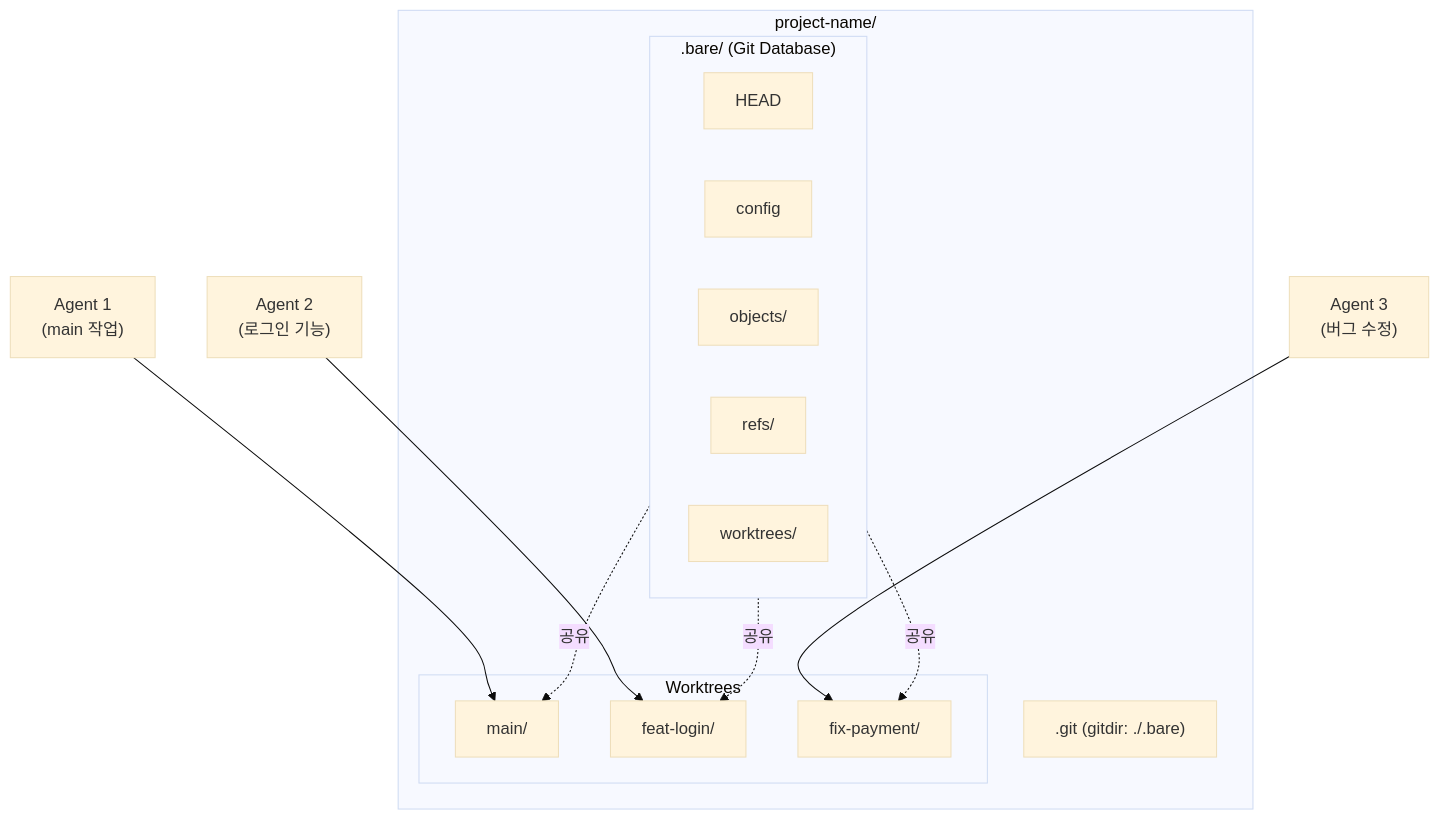
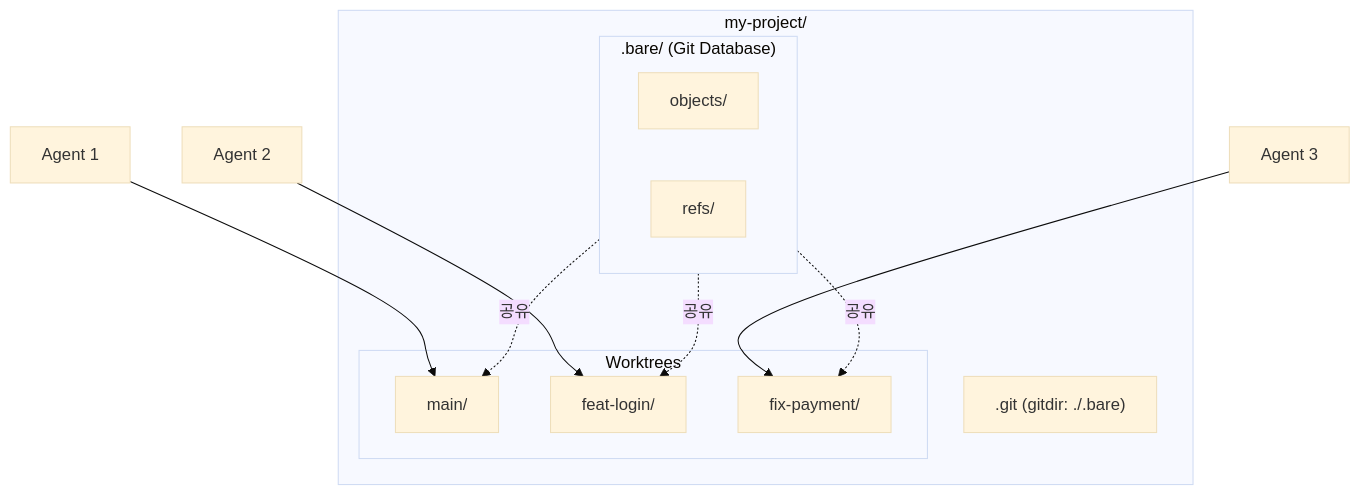
The diagram in _posts/2026/01/2026-01-21-git-worktree.md (KKamJi98/kkamji98.github.io), drawn with Mermaid (base theme) before and after one commit. The commit also changed other lines of this file, not shown here.

````diff
--- a/_posts/2026/01/2026-01-21-git-worktree.md
+++ b/_posts/2026/01/2026-01-21-git-worktree.md
@@ -102,32 +95,29 @@
 ```mermaid
 flowchart TB
-    subgraph PROJECT["project-name/"]
+    subgraph PROJECT["my-project/"]
         subgraph BARE[".bare/ (Git Database)"]
-            HEAD["HEAD"]
-            CONFIG["config"]
             OBJECTS["objects/"]
             REFS["refs/"]
-            WT_META["worktrees/"]
         end
 
         GITFILE[".git (gitdir: ./.bare)"]
 
         subgraph WORKTREES["Worktrees"]
             MAIN["main/"]
             FEAT["feat-login/"]
             FIX["fix-payment/"]
         end
     end
 
     BARE -.->|공유| MAIN
     BARE -.->|공유| FEAT
     BARE -.->|공유| FIX
 
-    AGENT1["Agent 1<br/>(main 작업)"]
-    AGENT2["Agent 2<br/>(로그인 기능)"]
-    AGENT3["Agent 3<br/>(버그 수정)"]
+    AGENT1["Agent 1"]
+    AGENT2["Agent 2"]
+    AGENT3["Agent 3"]
 
     AGENT1 --> MAIN
     AGENT2 --> FEAT
     AGENT3 --> FIX
 ```
````
